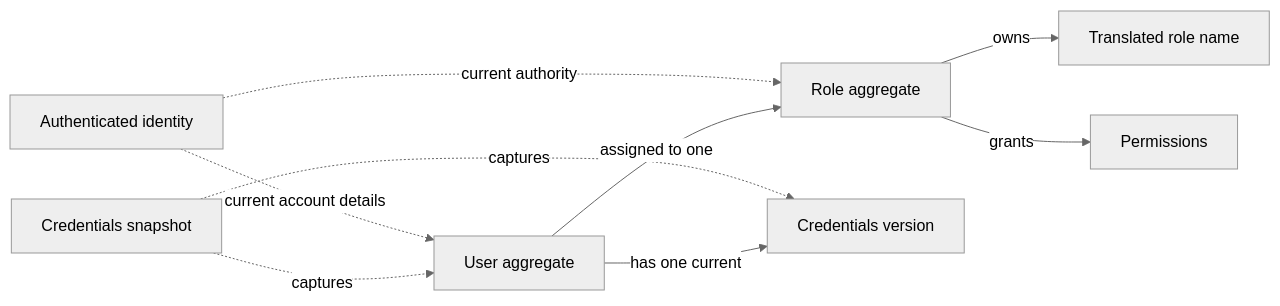
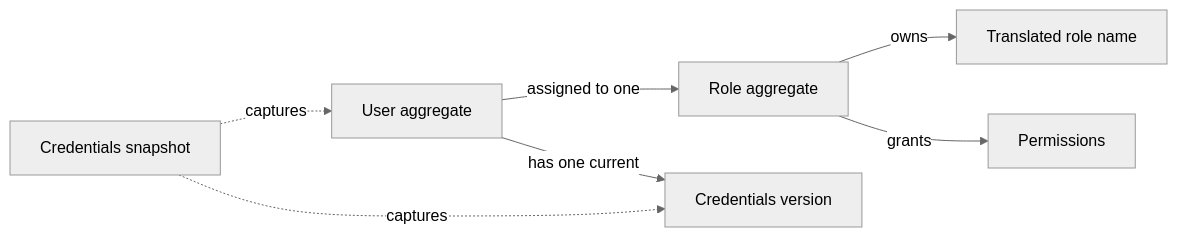
One commit to radynsade/faryengo changed the diagram in docs/domain/users.md. Above: the diagram before and after it, drawn with Mermaid (neutral theme). The commit also changed other lines of this file and 71 other files, not shown here.

````diff
--- a/docs/domain/users.md
+++ b/docs/domain/users.md
@@ -19,11 +18,9 @@
 ```mermaid
 flowchart LR
     User[User aggregate] -->|assigned to one| Role[Role aggregate]
     Role -->|owns| Name[Translated role name]
     Role -->|grants| Permission[Permissions]
     User -->|has one current| Version[Credentials version]
     Snapshot[Credentials snapshot] -.->|captures| User
     Snapshot -.->|captures| Version
-    Identity[Authenticated identity] -.->|current account details| User
-    Identity -.->|current authority| Role
 ```
````
